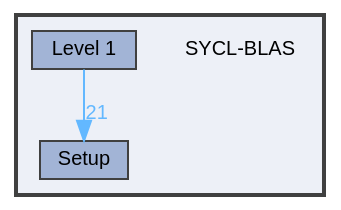
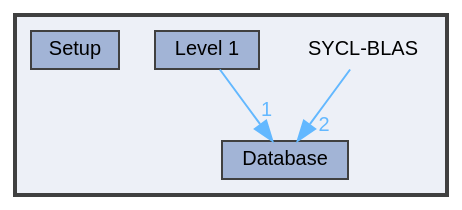
One commit to Mayukh-Banik/SYCL-BLAS changed the diagram in docs/dir_2e9f169625e7208e21be673b418e5949_dep.dot. Above: the diagram before and after it, drawn with Graphviz. The commit also changed 164 other files, not shown here.

```diff
--- a/docs/dir_2e9f169625e7208e21be673b418e5949_dep.dot
+++ b/docs/dir_2e9f169625e7208e21be673b418e5949_dep.dot
@@ -1,15 +1,17 @@
 digraph "SYCL-BLAS"
 {
  // LATEX_PDF_SIZE
   bgcolor="transparent";
   edge [fontname=Helvetica,fontsize=10,labelfontname=Helvetica,labelfontsize=10];
   node [fontname=Helvetica,fontsize=10,shape=box,height=0.2,width=0.4];
   compound=true
   subgraph clusterdir_2e9f169625e7208e21be673b418e5949 {
     graph [ bgcolor="#edf0f7", pencolor="grey25", label="", fontname=Helvetica,fontsize=10 style="filled,bold", URL="dir_2e9f169625e7208e21be673b418e5949.html",tooltip=""]
     dir_2e9f169625e7208e21be673b418e5949 [shape=plaintext, label="SYCL-BLAS"];
+  dir_8070875571067a96e036d351d93dad98 [label="Database", fillcolor="#a2b4d6", color="grey25", style="filled", URL="dir_8070875571067a96e036d351d93dad98.html",tooltip=""];
   dir_4bdbafa1a890e85c566b99a7d5528745 [label="Level 1", fillcolor="#a2b4d6", color="grey25", style="filled", URL="dir_4bdbafa1a890e85c566b99a7d5528745.html",tooltip=""];
   dir_2cf803bbad5736ac46e5b9bef0403cf0 [label="Setup", fillcolor="#a2b4d6", color="grey25", style="filled", URL="dir_2cf803bbad5736ac46e5b9bef0403cf0.html",tooltip=""];
   }
-  dir_4bdbafa1a890e85c566b99a7d5528745->dir_2cf803bbad5736ac46e5b9bef0403cf0 [headlabel="21", labeldistance=1.5 headhref="dir_000002_000004.html" href="dir_000002_000004.html" color="steelblue1" fontcolor="steelblue1"];
+  dir_2e9f169625e7208e21be673b418e5949->dir_8070875571067a96e036d351d93dad98 [headlabel="2", labeldistance=1.5 headhref="dir_000004_000001.html" href="dir_000004_000001.html" color="steelblue1" fontcolor="steelblue1"];
+  dir_4bdbafa1a890e85c566b99a7d5528745->dir_8070875571067a96e036d351d93dad98 [headlabel="1", labeldistance=1.5 headhref="dir_000002_000001.html" href="dir_000002_000001.html" color="steelblue1" fontcolor="steelblue1"];
 }
```
